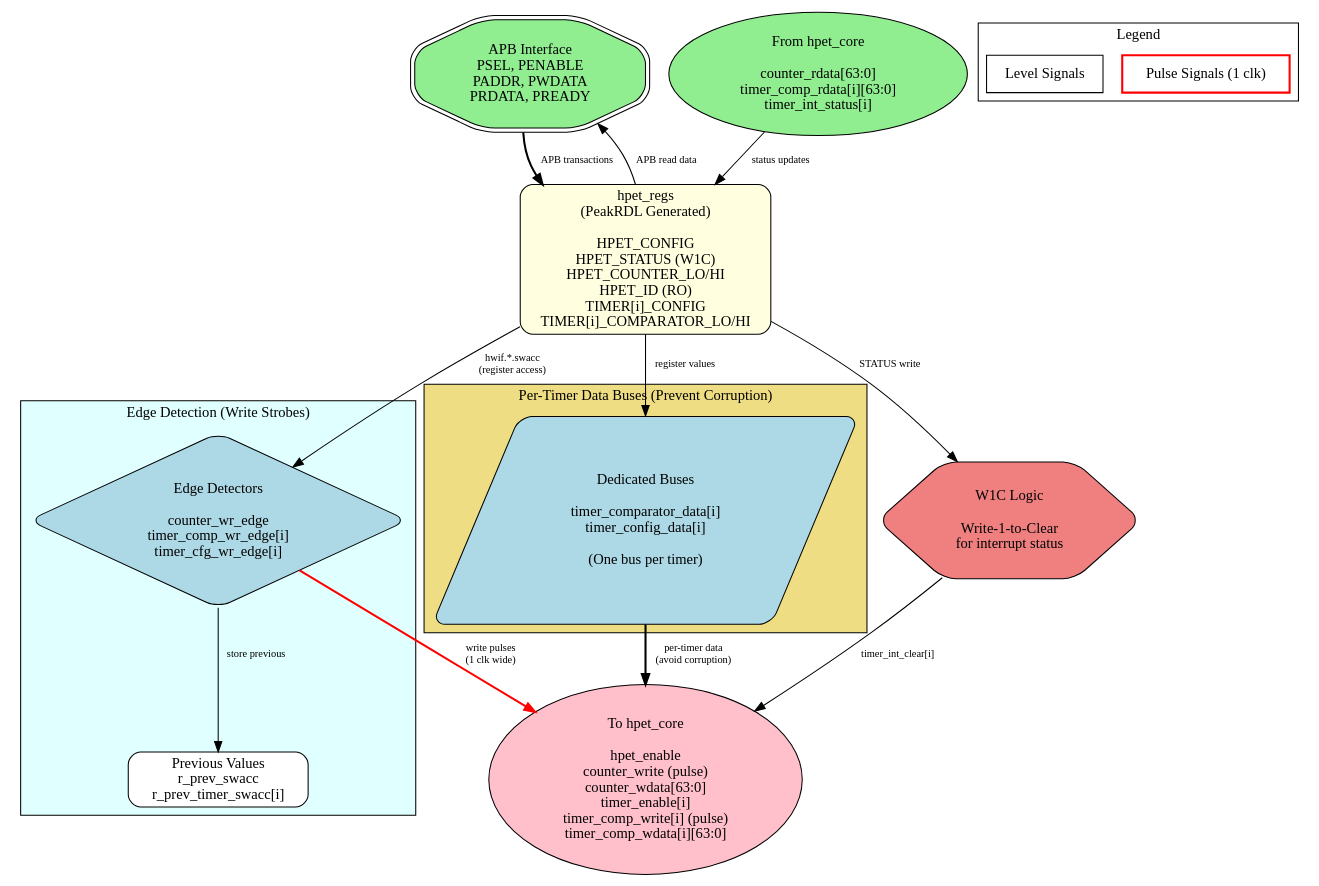
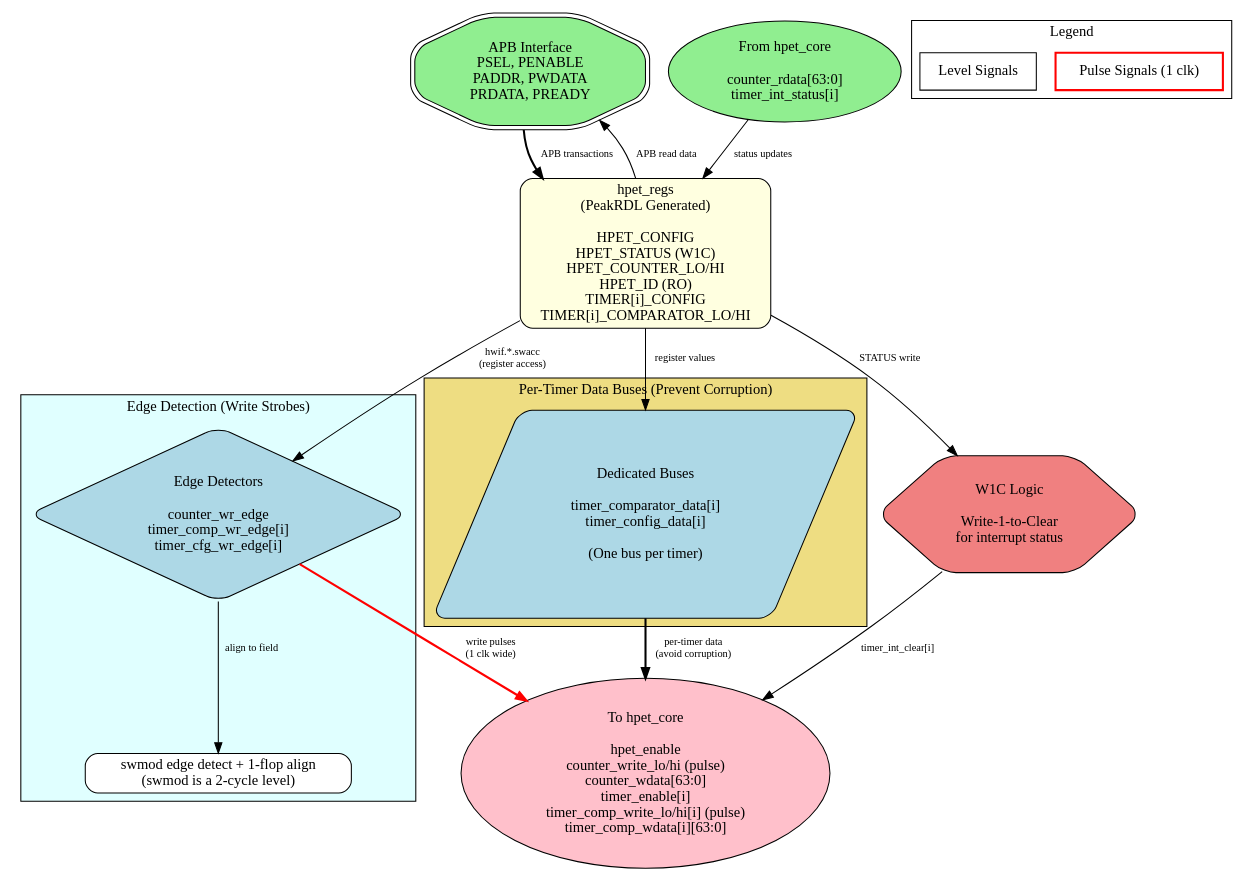
Before and after one commit to sean-galloway/RTLDesignSherpa: the diagram in projects/components/retro_legacy_blocks/docs/hpet_mas/assets/graphviz/hpet_config_regs.gv, drawn with Graphviz. The commit also changed 44 other files, not shown here.

```diff
--- a/projects/components/retro_legacy_blocks/docs/hpet_mas/assets/graphviz/hpet_config_regs.gv
+++ b/projects/components/retro_legacy_blocks/docs/hpet_mas/assets/graphviz/hpet_config_regs.gv
@@ -1,67 +1,67 @@
 // HPET Config Registers Block Diagram
 // Module: hpet_config_regs
 // Purpose: APB register interface with edge detection and bus mapping
 
 digraph hpet_config_regs {
     rankdir=TB;
     node [shape=box, style="rounded,filled", fillcolor=lightblue];
     edge [fontsize=10];
 
     // APB Interface
     apb_if [label="APB Interface\nPSEL, PENABLE\nPADDR, PWDATA\nPRDATA, PREADY", shape=doubleoctagon, fillcolor=lightgreen];
 
     // PeakRDL Generated Registers
     peak_regs [label="hpet_regs\n(PeakRDL Generated)\n\nHPET_CONFIG\nHPET_STATUS (W1C)\nHPET_COUNTER_LO/HI\nHPET_ID (RO)\nTIMER[i]_CONFIG\nTIMER[i]_COMPARATOR_LO/HI", fillcolor=lightyellow];
 
     // Edge Detection Logic
     subgraph cluster_edge {
         label="Edge Detection (Write Strobes)";
         style=filled;
         fillcolor=lightcyan;
 
         edge_detect [label="Edge Detectors\n\ncounter_wr_edge\ntimer_comp_wr_edge[i]\ntimer_cfg_wr_edge[i]", shape=diamond];
-        prev_regs [label="Previous Values\nr_prev_swacc\nr_prev_timer_swacc[i]", fillcolor=white];
+        prev_regs [label="swmod edge detect + 1-flop align\n(swmod is a 2-cycle level)", fillcolor=white];
     }
 
     // Per-Timer Data Buses
     subgraph cluster_buses {
         label="Per-Timer Data Buses (Prevent Corruption)";
         style=filled;
         fillcolor=lightgoldenrod;
 
         timer_data [label="Dedicated Buses\n\ntimer_comparator_data[i]\ntimer_config_data[i]\n\n(One bus per timer)", shape=parallelogram];
     }
 
     // Output Signals to hpet_core
-    core_if [label="To hpet_core\n\nhpet_enable\ncounter_write (pulse)\ncounter_wdata[63:0]\ntimer_enable[i]\ntimer_comp_write[i] (pulse)\ntimer_comp_wdata[i][63:0]", shape=ellipse, fillcolor=pink];
+    core_if [label="To hpet_core\n\nhpet_enable\ncounter_write_lo/hi (pulse)\ncounter_wdata[63:0]\ntimer_enable[i]\ntimer_comp_write_lo/hi[i] (pulse)\ntimer_comp_wdata[i][63:0]", shape=ellipse, fillcolor=pink];
 
     // Input Signals from hpet_core
-    core_status [label="From hpet_core\n\ncounter_rdata[63:0]\ntimer_comp_rdata[i][63:0]\ntimer_int_status[i]", shape=ellipse, fillcolor=lightgreen];
+    core_status [label="From hpet_core\n\ncounter_rdata[63:0]\ntimer_int_status[i]", shape=ellipse, fillcolor=lightgreen];
 
     // Dataflow
     apb_if -> peak_regs [label="APB transactions", style=bold];
     peak_regs -> edge_detect [label="hwif.*.swacc\n(register access)"];
-    edge_detect -> prev_regs [label="store previous"];
+    edge_detect -> prev_regs [label="align to field"];
     edge_detect -> core_if [label="write pulses\n(1 clk wide)", style=bold, color=red];
 
     peak_regs -> timer_data [label="register values"];
     timer_data -> core_if [label="per-timer data\n(avoid corruption)", style=bold];
 
     core_status -> peak_regs [label="status updates"];
     peak_regs -> apb_if [label="APB read data"];
 
     // W1C Status Clear
     status_clear [label="W1C Logic\n\nWrite-1-to-Clear\nfor interrupt status", shape=hexagon, fillcolor=lightcoral];
     peak_regs -> status_clear [label="STATUS write"];
     status_clear -> core_if [label="timer_int_clear[i]"];
 
     // Legend
     subgraph cluster_legend {
         label="Legend";
         style=filled;
         fillcolor=white;
 
         leg_pulse [label="Pulse Signals (1 clk)", style=bold, color=red];
         leg_level [label="Level Signals", style=solid];
     }
 }
```
